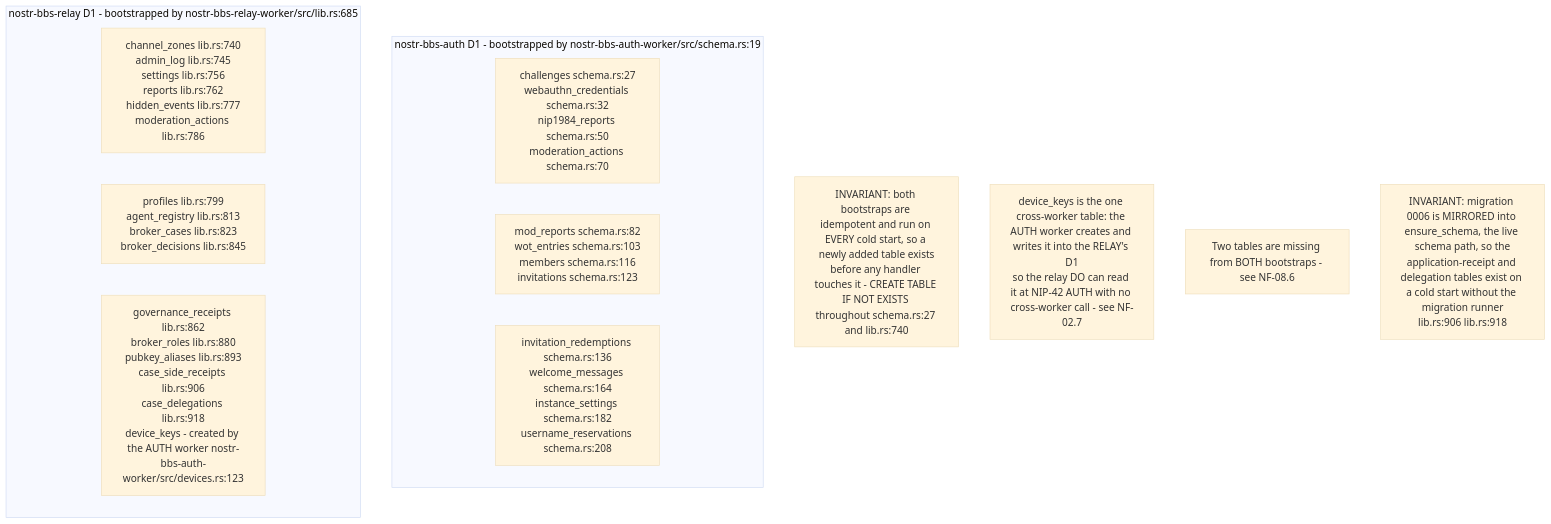
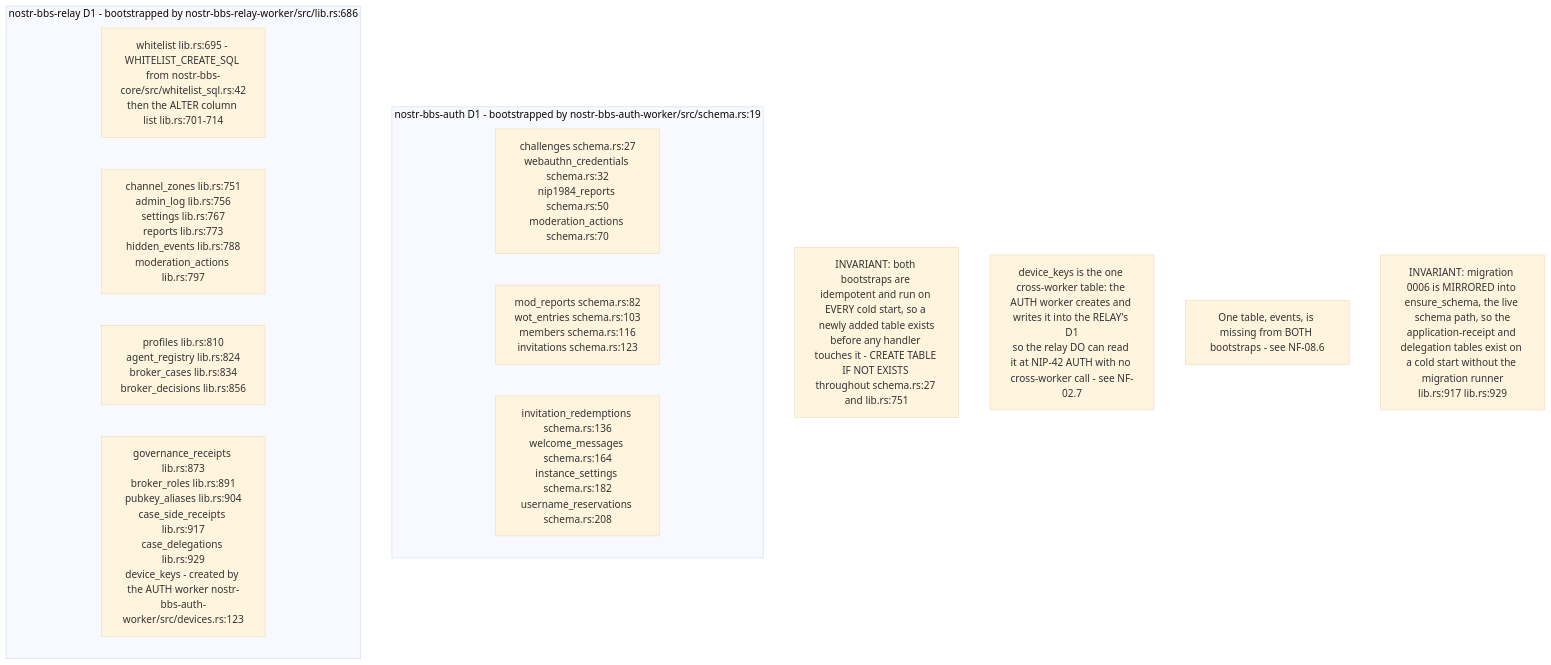
One commit to DreamLab-AI/VisionFlow changed the fifth of 9 diagrams in docs/diagrams/nostr-rust-forum/08-config-zones-stores-and-admin-authority.md. Above: the diagram before and after it, drawn with Mermaid (base theme). The commit also changed other lines of this file and 31 other files, not shown here.

````diff
--- a/docs/diagrams/nostr-rust-forum/08-config-zones-stores-and-admin-authority.md
+++ b/docs/diagrams/nostr-rust-forum/08-config-zones-stores-and-admin-authority.md
@@ -163,18 +165,19 @@
 ```mermaid
 flowchart TB
     subgraph authd1["nostr-bbs-auth D1 - bootstrapped by nostr-bbs-auth-worker/src/schema.rs:19"]
         A1["challenges schema.rs:27<br/>webauthn_credentials schema.rs:32<br/>nip1984_reports schema.rs:50<br/>moderation_actions schema.rs:70"]
         A2["mod_reports schema.rs:82<br/>wot_entries schema.rs:103<br/>members schema.rs:116<br/>invitations schema.rs:123"]
         A3["invitation_redemptions schema.rs:136<br/>welcome_messages schema.rs:164<br/>instance_settings schema.rs:182<br/>username_reservations schema.rs:208"]
     end
-    subgraph relayd1["nostr-bbs-relay D1 - bootstrapped by nostr-bbs-relay-worker/src/lib.rs:685"]
-        R1["channel_zones lib.rs:740<br/>admin_log lib.rs:745<br/>settings lib.rs:756<br/>reports lib.rs:762<br/>hidden_events lib.rs:777<br/>moderation_actions lib.rs:786"]
-        R2["profiles lib.rs:799<br/>agent_registry lib.rs:813<br/>broker_cases lib.rs:823<br/>broker_decisions lib.rs:845"]
-        R3["governance_receipts lib.rs:862<br/>broker_roles lib.rs:880<br/>pubkey_aliases lib.rs:893<br/>case_side_receipts lib.rs:906<br/>case_delegations lib.rs:918<br/>device_keys - created by the AUTH worker nostr-bbs-auth-worker/src/devices.rs:123"]
+    subgraph relayd1["nostr-bbs-relay D1 - bootstrapped by nostr-bbs-relay-worker/src/lib.rs:686"]
+        R0["whitelist lib.rs:695 - WHITELIST_CREATE_SQL from nostr-bbs-core/src/whitelist_sql.rs:42<br/>then the ALTER column list lib.rs:701-714"]
+        R1["channel_zones lib.rs:751<br/>admin_log lib.rs:756<br/>settings lib.rs:767<br/>reports lib.rs:773<br/>hidden_events lib.rs:788<br/>moderation_actions lib.rs:797"]
+        R2["profiles lib.rs:810<br/>agent_registry lib.rs:824<br/>broker_cases lib.rs:834<br/>broker_decisions lib.rs:856"]
+        R3["governance_receipts lib.rs:873<br/>broker_roles lib.rs:891<br/>pubkey_aliases lib.rs:904<br/>case_side_receipts lib.rs:917<br/>case_delegations lib.rs:929<br/>device_keys - created by the AUTH worker nostr-bbs-auth-worker/src/devices.rs:123"]
     end
 
-    N1["INVARIANT: both bootstraps are idempotent and run on EVERY cold start, so a newly added table exists<br/>before any handler touches it - CREATE TABLE IF NOT EXISTS throughout schema.rs:27 and lib.rs:740"]
+    N1["INVARIANT: both bootstraps are idempotent and run on EVERY cold start, so a newly added table exists<br/>before any handler touches it - CREATE TABLE IF NOT EXISTS throughout schema.rs:27 and lib.rs:751"]
     N2["device_keys is the one cross-worker table: the AUTH worker creates and writes it into the RELAY's D1<br/>so the relay DO can read it at NIP-42 AUTH with no cross-worker call - see NF-02.7"]
-    N3["Two tables are missing from BOTH bootstraps - see NF-08.6"]
-    N4["INVARIANT: migration 0006 is MIRRORED into ensure_schema, the live schema path, so the<br/>application-receipt and delegation tables exist on a cold start without the migration runner<br/>lib.rs:906 lib.rs:918"]
+    N3["One table, events, is missing from BOTH bootstraps - see NF-08.6"]
+    N4["INVARIANT: migration 0006 is MIRRORED into ensure_schema, the live schema path, so the<br/>application-receipt and delegation tables exist on a cold start without the migration runner<br/>lib.rs:917 lib.rs:929"]
 ```
````
